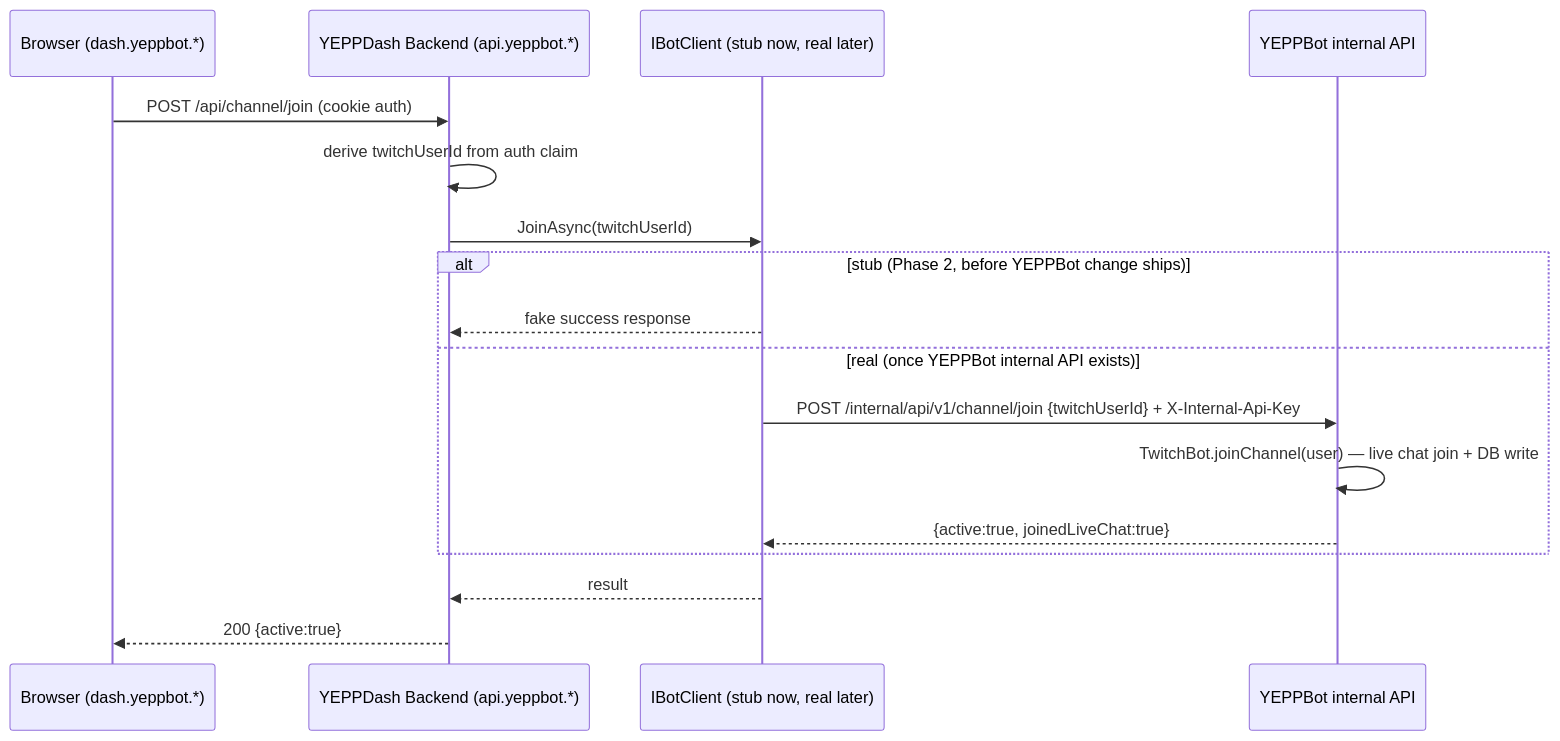
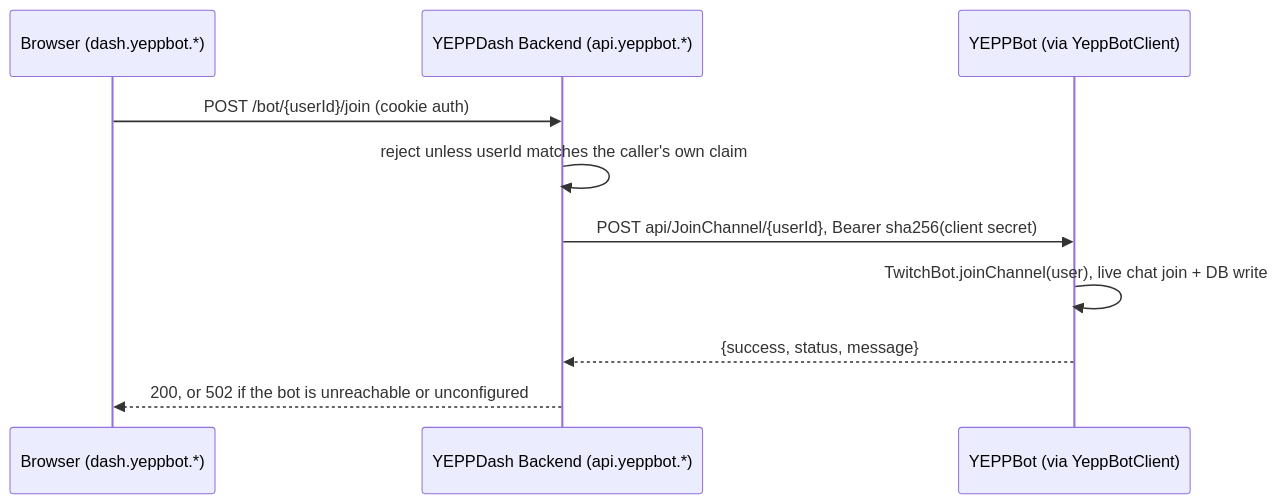
The third of 3 diagrams in PLAN.md (MCmoderSD/YEPPDash), drawn with Mermaid before and after one commit. The commit also changed other lines of this file and 2 other files, not shown here.

First line of the commit message:
Bring README, ROADMAP and PLAN up to date with what actually shipped

````diff
--- a/PLAN.md
+++ b/PLAN.md
@@ -64,20 +66,13 @@
 ```mermaid
 sequenceDiagram
     participant U as Browser (dash.yeppbot.*)
     participant BE as YEPPDash Backend (api.yeppbot.*)
-    participant IB as IBotClient (stub now, real later)
-    participant Bot as YEPPBot internal API
+    participant Bot as YEPPBot (via YeppBotClient)
 
-    U->>BE: POST /api/channel/join (cookie auth)
-    BE->>BE: derive twitchUserId from auth claim
-    BE->>IB: JoinAsync(twitchUserId)
-    alt stub (Phase 2, before YEPPBot change ships)
-        IB-->>BE: fake success response
-    else real (once YEPPBot internal API exists)
-        IB->>Bot: POST /internal/api/v1/channel/join {twitchUserId} + X-Internal-Api-Key
-        Bot->>Bot: TwitchBot.joinChannel(user) — live chat join + DB write
-        Bot-->>IB: {active:true, joinedLiveChat:true}
-    end
-    IB-->>BE: result
-    BE-->>U: 200 {active:true}
+    U->>BE: POST /bot/{userId}/join (cookie auth)
+    BE->>BE: reject unless userId matches the caller's own claim
+    BE->>Bot: POST api/JoinChannel/{userId}, Bearer sha256(client secret)
+    Bot->>Bot: TwitchBot.joinChannel(user), live chat join + DB write
+    Bot-->>BE: {success, status, message}
+    BE-->>U: 200, or 502 if the bot is unreachable or unconfigured
 ```
````
